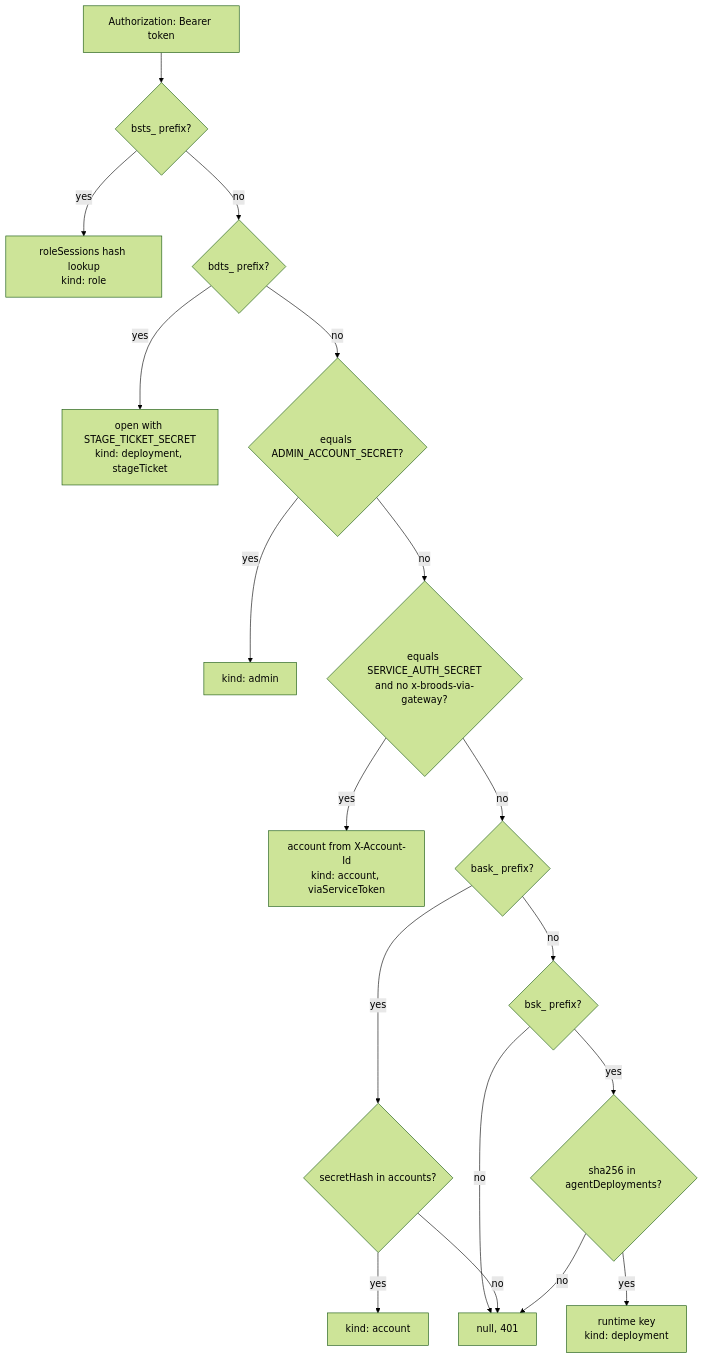
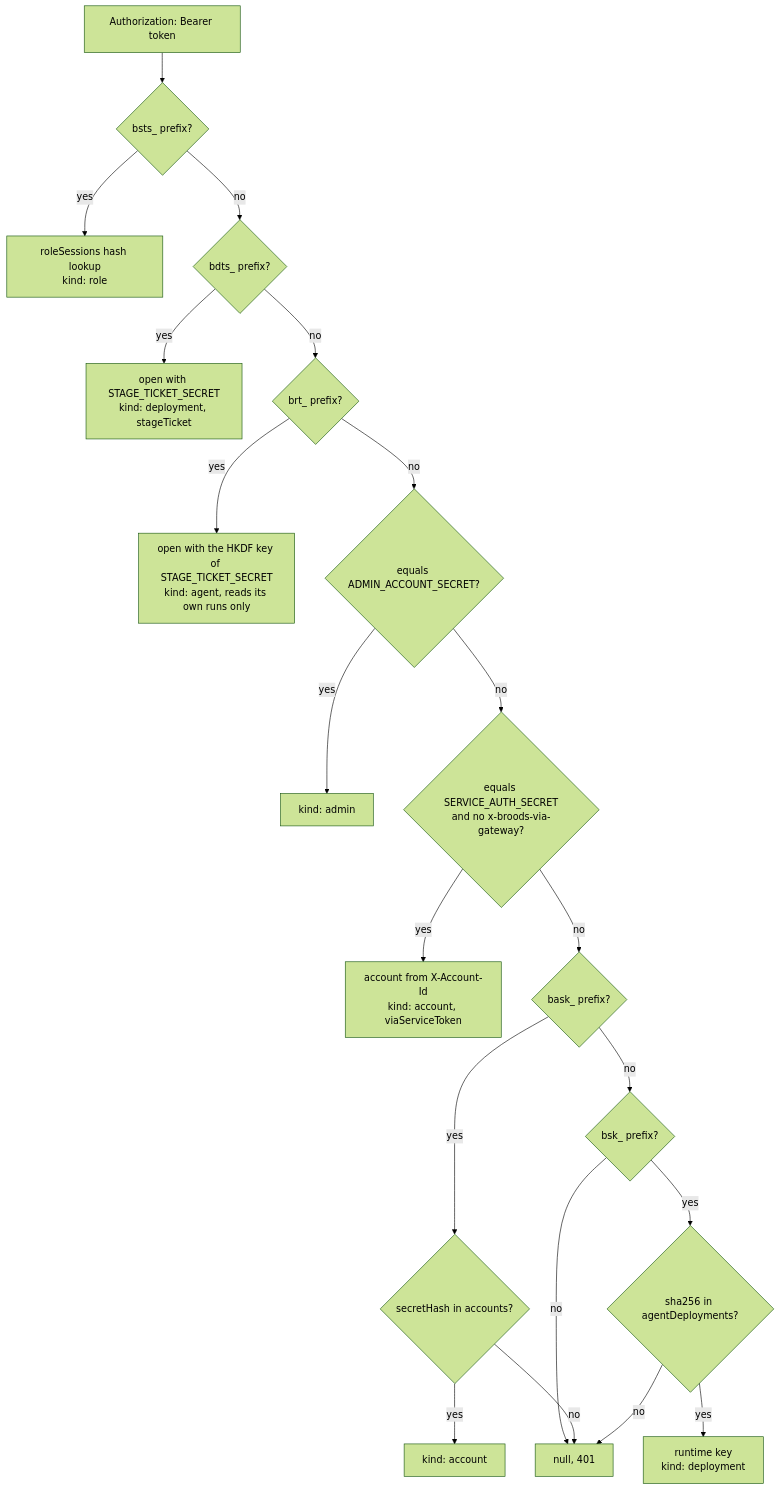
The third of 4 diagrams in apps/docs/docs/internals/security.md (beeblastco/broods), drawn with Mermaid (forest theme) before and after one commit. The commit also changed other lines of this file and 4 other files, not shown here.

First line of the commit message:
docs: drop finished migration runbooks and add brt_ to the auth flow

````diff
--- a/apps/docs/docs/internals/security.md
+++ b/apps/docs/docs/internals/security.md
@@ -75,20 +75,22 @@
 ```mermaid
 flowchart TD
   Bearer["Authorization: Bearer token"] --> Sts{"bsts_ prefix?"}
   Sts -->|yes| Role["roleSessions hash lookup<br/>kind: role"]
   Sts -->|no| Dts{"bdts_ prefix?"}
   Dts -->|yes| Ticket["open with STAGE_TICKET_SECRET<br/>kind: deployment, stageTicket"]
-  Dts -->|no| Admin{"equals ADMIN_ACCOUNT_SECRET?"}
+  Dts -->|no| Brt{"brt_ prefix?"}
+  Brt -->|yes| Run["open with the HKDF key of STAGE_TICKET_SECRET<br/>kind: agent, reads its own runs only"]
+  Brt -->|no| Admin{"equals ADMIN_ACCOUNT_SECRET?"}
   Admin -->|yes| AdminCtx["kind: admin"]
   Admin -->|no| Svc{"equals SERVICE_AUTH_SECRET<br/>and no x-broods-via-gateway?"}
   Svc -->|yes| SvcCtx["account from X-Account-Id<br/>kind: account, viaServiceToken"]
   Svc -->|no| Ask{"bask_ prefix?"}
   Ask -->|yes| Acct{"secretHash in accounts?"}
   Acct -->|yes| AcctCtx["kind: account"]
   Ask -->|no| Bsk{"bsk_ prefix?"}
   Bsk -->|yes| Key{"sha256 in agentDeployments?"}
   Key -->|yes| Deploy["runtime key<br/>kind: deployment"]
   Bsk -->|no| Deny["null, 401"]
   Acct -->|no| Deny
   Key -->|no| Deny
 ```
````
